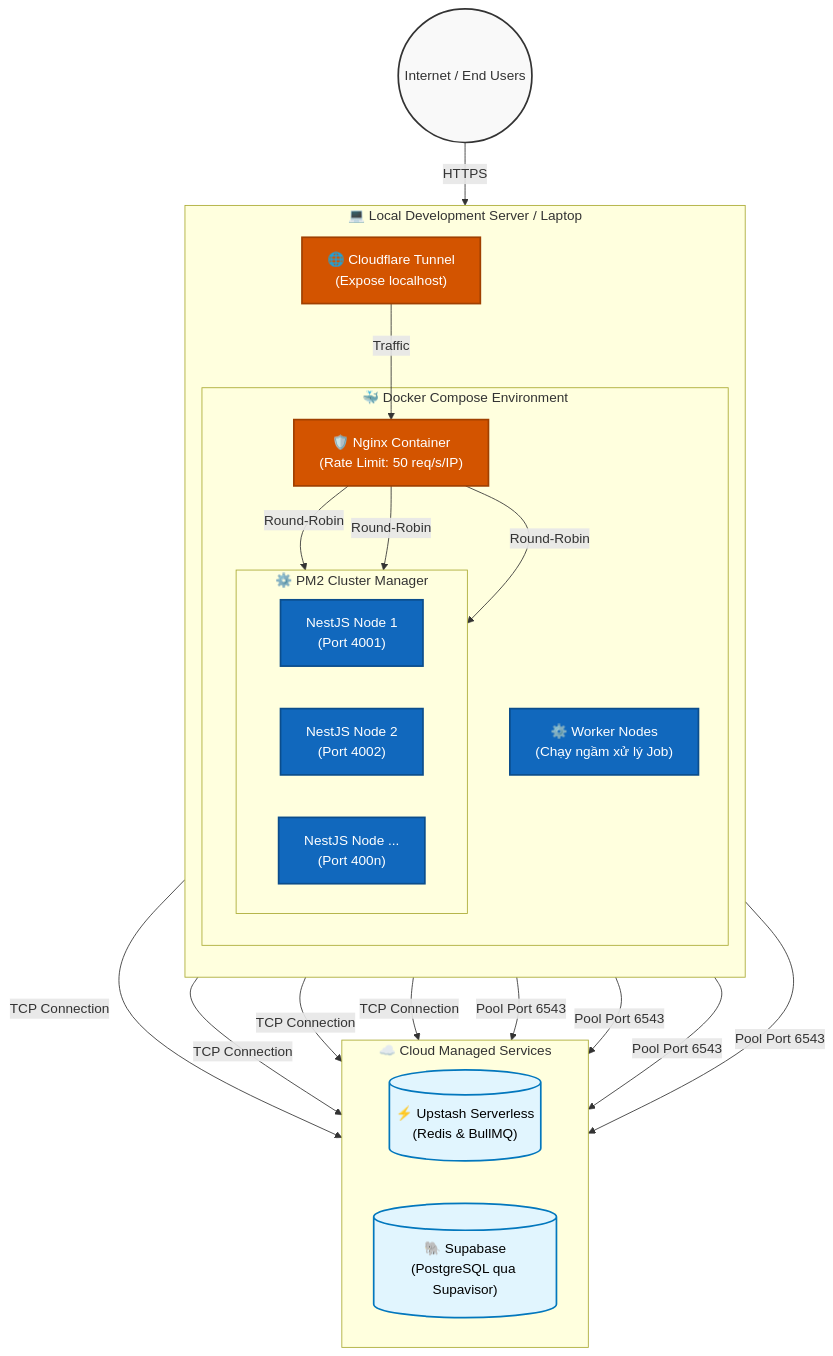
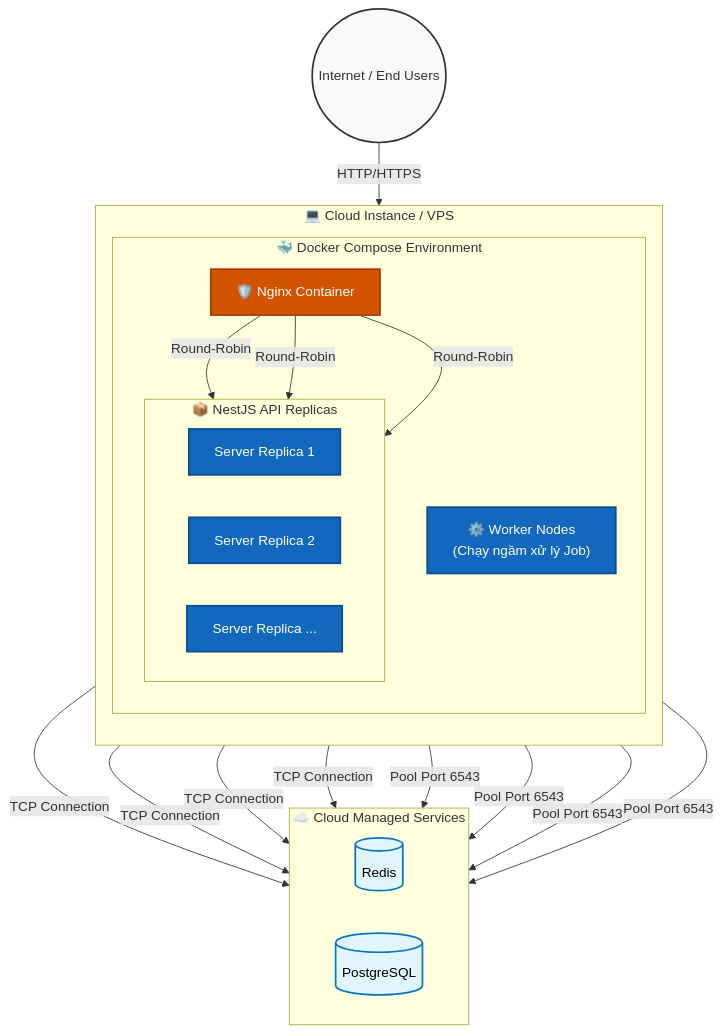
Before and after one commit to Hoang105205/UniHub-Workshop: the third of 4 diagrams in blueprint/design.md, drawn with Mermaid.

Commit message:
docs: update Deployment Diagram

````diff
--- a/blueprint/design.md
+++ b/blueprint/design.md
@@ -172,50 +172,47 @@
 ```mermaid
 graph TB
     classDef node fill:#f9f9f9,stroke:#333,stroke-width:2px,color:#333;
     classDef cloudNode fill:#e1f5fe,stroke:#0277bd,stroke-width:2px,color:#000;
     classDef container fill:#1168bd,stroke:#0b4d8c,color:#ffffff;
     classDef proxy fill:#d35400,stroke:#a04000,color:#ffffff;
 
-    subgraph Local_Server [💻 Local Development Server / Laptop]
+    subgraph Instance_Server [💻 Cloud Instance / VPS]
         direction TB
 
-        CT["🌐 Cloudflare Tunnel<br/>(Expose localhost)"]:::proxy
+        subgraph Docker_Compose [🐳 Docker Compose Environment]
+            NX["🛡️ Nginx Container<br/>"]:::proxy
 
-        subgraph Docker_Compose [🐳 Docker Compose Environment]
-            NX["🛡️ Nginx Container<br/>(Rate Limit: 50 req/s/IP)"]:::proxy
-
-            subgraph PM2_Cluster [⚙️ PM2 Cluster Manager]
+            subgraph API_Replicas [📦 NestJS API Replicas]
                 direction LR
-                N1["NestJS Node 1<br/>(Port 4001)"]:::container
-                N2["NestJS Node 2<br/>(Port 4002)"]:::container
-                N3["NestJS Node ...<br/>(Port 400n)"]:::container
+                N1["Server Replica 1"]:::container
+                N2["Server Replica 2"]:::container
+                N3["Server Replica ..."]:::container
             end
 
             W_Nodes["⚙️ Worker Nodes<br/>(Chạy ngầm xử lý Job)"]:::container
         end
     end
 
     subgraph Cloud_Infrastructure [☁️ Cloud Managed Services]
         direction LR
-        UP[("⚡ Upstash Serverless<br/>(Redis & BullMQ)")]:::cloudNode
-        SP[("🐘 Supabase<br/>(PostgreSQL qua Supavisor)")]:::cloudNode
+        UP[("Redis")]:::cloudNode
+        SP[("PostgreSQL")]:::cloudNode
     end
 
     %% Connections
-    Internet((Internet / End Users)) -->|HTTPS| CT
-    CT -->|Traffic| NX
+    Internet((Internet / End Users)) -->|HTTP/HTTPS| NX
     NX -->|Round-Robin| N1
     NX -->|Round-Robin| N2
     NX -->|Round-Robin| N3
 
     %% Tách riêng các liên kết để tránh lỗi parse của Mermaid
     N1 -->|TCP Connection| UP
     N2 -->|TCP Connection| UP
     N3 -->|TCP Connection| UP
     W_Nodes -->|TCP Connection| UP
 
     N1 -->|Pool Port 6543| SP
     N2 -->|Pool Port 6543| SP
     N3 -->|Pool Port 6543| SP
     W_Nodes -->|Pool Port 6543| SP
 ```
````
